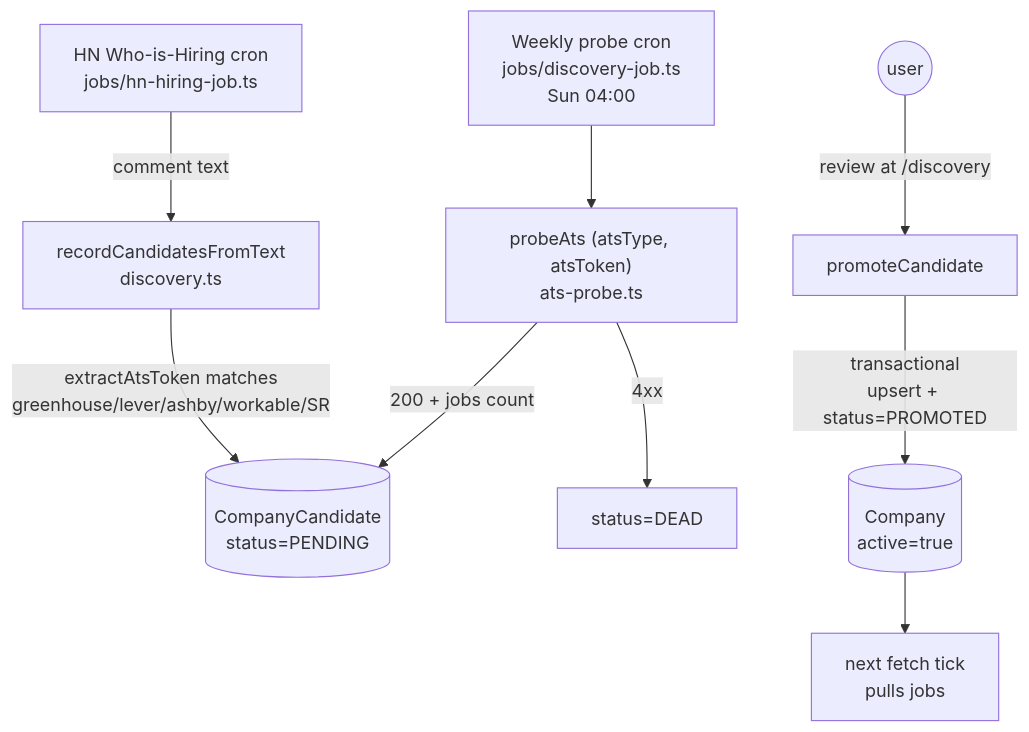
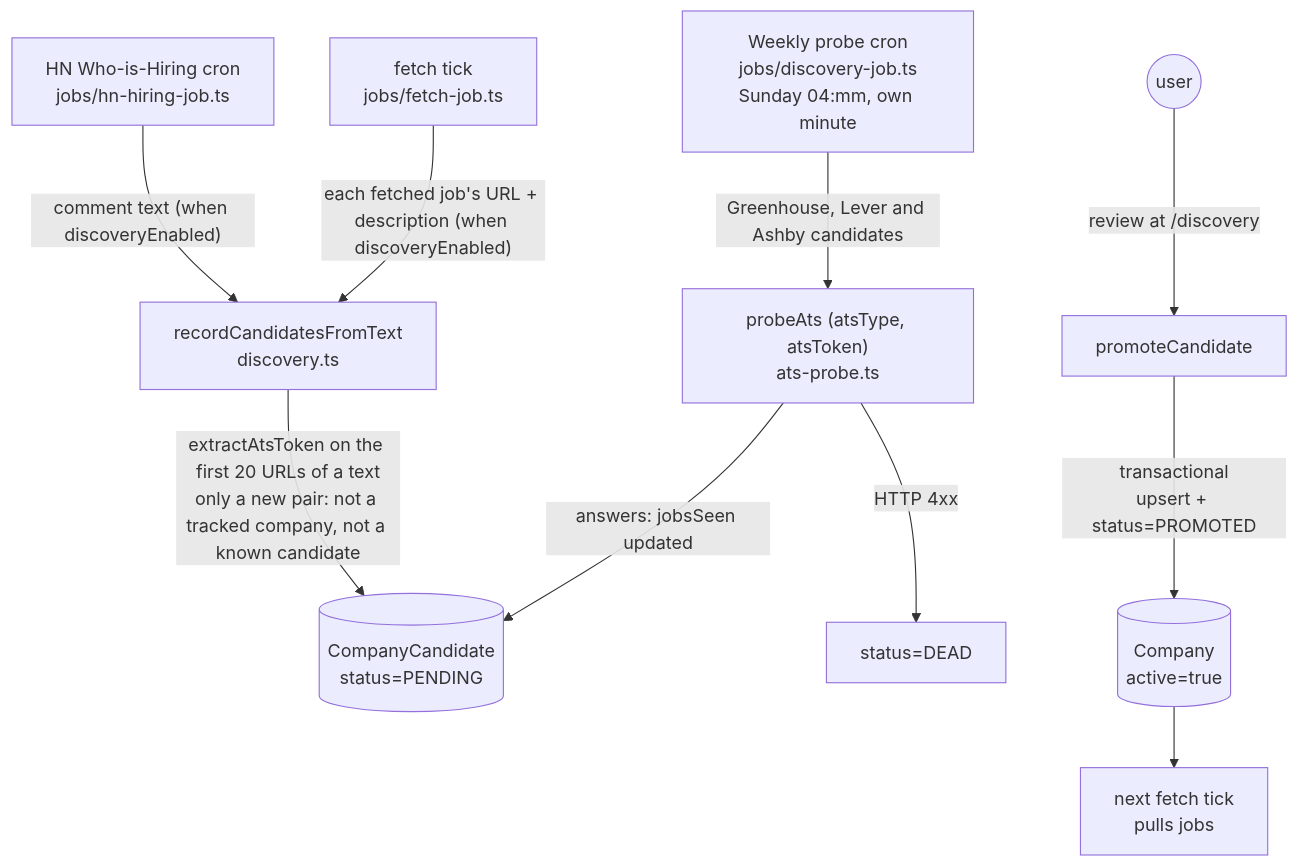
One commit to applypack/applypack changed the third of 5 diagrams in ARCHITECTURE.md. Above: the diagram before and after it, drawn with Mermaid. The commit also changed other lines of this file and 1 other file, not shown here.

Commit message:
updated: SPEC and ARCHITECTURE describe the code as it is

````diff
--- a/ARCHITECTURE.md
+++ b/ARCHITECTURE.md
@@ -114,15 +145,17 @@
 ```mermaid
 flowchart TD
   hn["HN Who-is-Hiring cron<br/>jobs/hn-hiring-job.ts"]
-  hn -- "comment text" --> rec["recordCandidatesFromText<br/>discovery.ts"]
-  rec -- "extractAtsToken matches<br/>greenhouse/lever/ashby/workable/SR" --> cc[(CompanyCandidate<br/>status=PENDING)]
+  tick["fetch tick<br/>jobs/fetch-job.ts"]
+  hn -- "comment text (when discoveryEnabled)" --> rec["recordCandidatesFromText<br/>discovery.ts"]
+  tick -- "each fetched job's URL + description (when discoveryEnabled)" --> rec
+  rec -- "extractAtsToken on the first 20 URLs of a text<br/>only a new pair: not a tracked company, not a known candidate" --> cc[(CompanyCandidate<br/>status=PENDING)]
 
-  weekly["Weekly probe cron<br/>jobs/discovery-job.ts<br/>Sun 04:00"]
-  weekly --> probe["probeAts (atsType, atsToken)<br/>ats-probe.ts"]
-  probe -- "200 + jobs count" --> cc
-  probe -- "4xx" --> dead["status=DEAD"]
+  weekly["Weekly probe cron<br/>jobs/discovery-job.ts<br/>Sunday 04:mm, own minute"]
+  weekly -- "Greenhouse, Lever and Ashby candidates" --> probe["probeAts (atsType, atsToken)<br/>ats-probe.ts"]
+  probe -- "answers: jobsSeen updated" --> cc
+  probe -- "HTTP 4xx" --> dead["status=DEAD"]
 
-  user((user)) -->|review at /discovery| pg["promoteCandidate"]
-  pg -- "transactional<br/>upsert + status=PROMOTED" --> co[(Company<br/>active=true)]
+  user((user)) -->|review at /discovery| promote["promoteCandidate"]
+  promote -- "transactional<br/>upsert + status=PROMOTED" --> co[(Company<br/>active=true)]
   co --> next["next fetch tick<br/>pulls jobs"]
 ```
````
